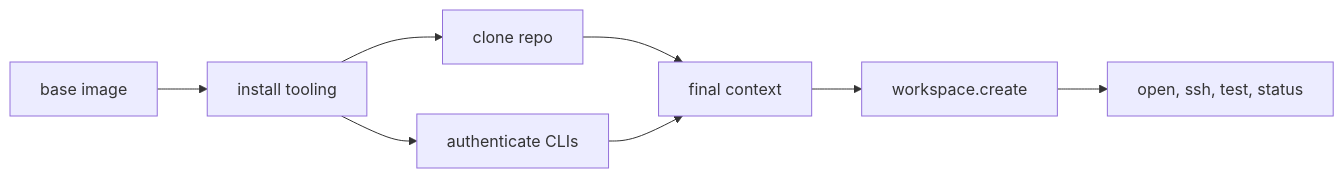
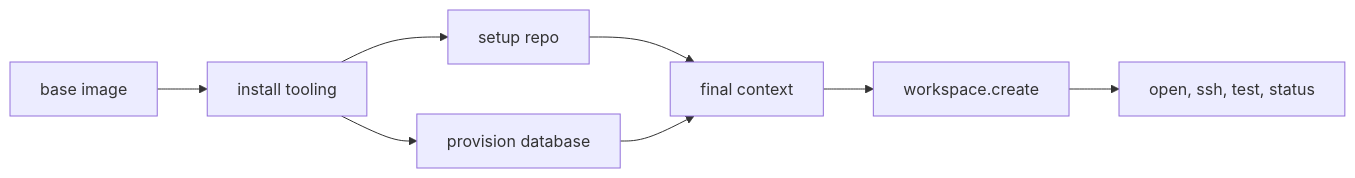
The second of 2 diagrams in apps/docs/concepts/mental-model.mdx (Ben2W/stoke), drawn with Mermaid before and after one commit. The commit also changed 9 other files, not shown here.

````diff
--- a/apps/docs/concepts/mental-model.mdx
+++ b/apps/docs/concepts/mental-model.mdx
@@ -71,10 +71,10 @@
 ```mermaid
 flowchart LR
   Base["base image"] --> Tooling["install tooling"]
-  Tooling --> Repo["clone repo"]
-  Tooling --> Auth["authenticate CLIs"]
+  Tooling --> Repo["setup repo"]
+  Tooling --> Auth["provision database"]
   Repo --> Join["final context"]
   Auth --> Join
   Join --> Workspace["workspace.create"]
   Workspace --> Ops["open, ssh, test, status"]
 ```
````
